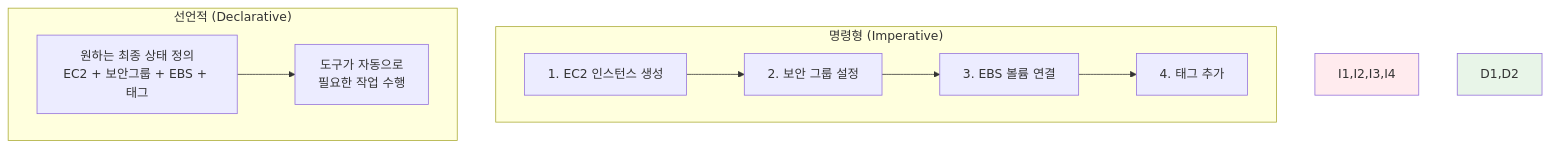
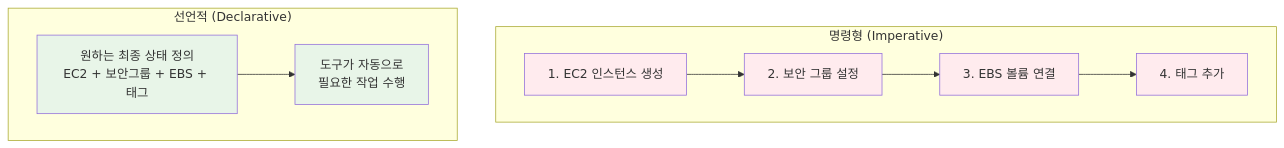
The third of 11 diagrams in theory/week_04/day5/session_3.md (niceguy61/kdt_devops_lecture_2025), drawn with Mermaid before and after one commit. The commit also changed other lines of this file and 2 other files, not shown here.

Commit message:
mermaid style 변경

````diff
--- a/theory/week_04/day5/session_3.md
+++ b/theory/week_04/day5/session_3.md
@@ -79,20 +79,24 @@
 ```mermaid
 graph TB
     subgraph "명령형 (Imperative)"
         I1[1. EC2 인스턴스 생성]
         I2[2. 보안 그룹 설정]
         I3[3. EBS 볼륨 연결]
         I4[4. 태그 추가]
     end
     
     subgraph "선언적 (Declarative)"
         D1[원하는 최종 상태 정의<br/>EC2 + 보안그룹 + EBS + 태그]
         D2[도구가 자동으로<br/>필요한 작업 수행]
     end
     
     I1 --> I2 --> I3 --> I4
     D1 --> D2
     
-    style I1,I2,I3,I4 fill:#ffebee
-    style D1,D2 fill:#e8f5e8
+    style I1 fill:#ffebee
+    style I2 fill:#ffebee
+    style I3 fill:#ffebee
+    style I4 fill:#ffebee
+    style D1 fill:#e8f5e8
+    style D2 fill:#e8f5e8
 ```
````
